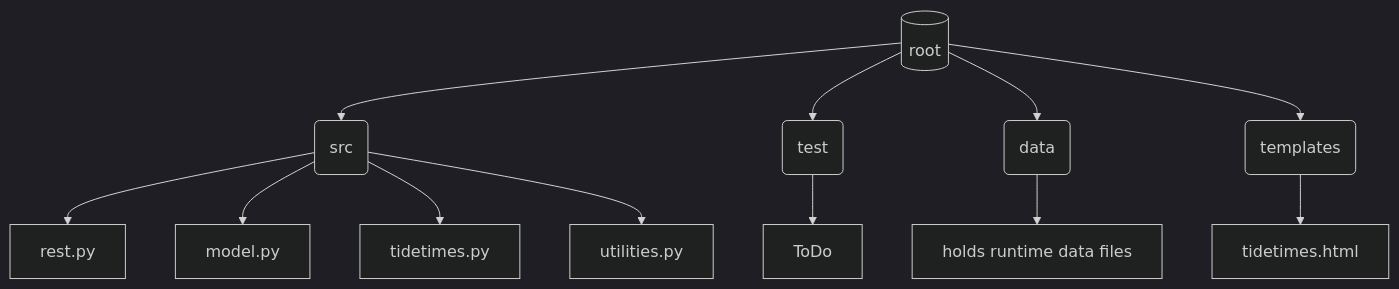
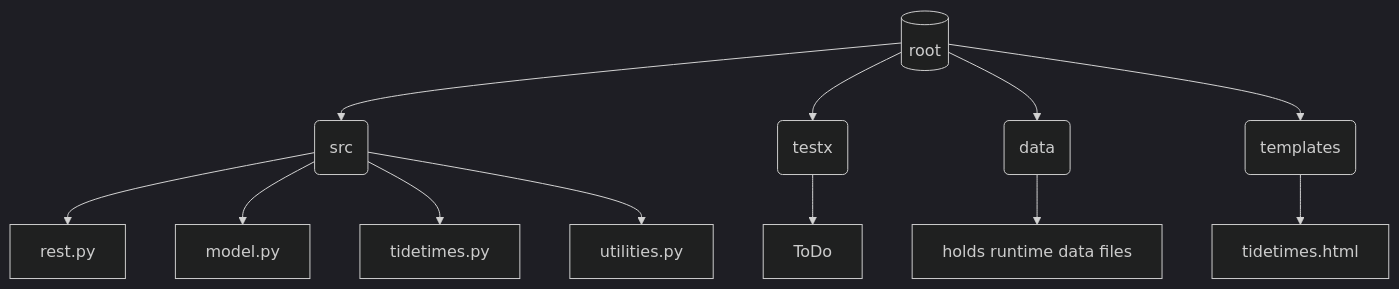
Before and after one commit to aadennis/PythonSandboxAA: the diagram in mermaid/mermaid_cli_syntax.md, drawn with Mermaid (dark theme).

Commit message:
test github login swap

````diff
--- a/mermaid/mermaid_cli_syntax.md
+++ b/mermaid/mermaid_cli_syntax.md
@@ -10,14 +10,14 @@
 ```mermaid
 graph
   R[(root)] --> S1(src)
-    R --> T1(test)
+    R --> T1(testx)
     R --> D1(data)
     R --> Tp1(templates)
     S1 --> C1[rest.py]
     S1 --> C2[model.py]
     S1 --> C3[tidetimes.py]
     S1 --> C4[utilities.py]
     T1 --> ToDo
     D1 --> D2[holds runtime data files]
     Tp1 --> TpTT[tidetimes.html]
 ```
````
